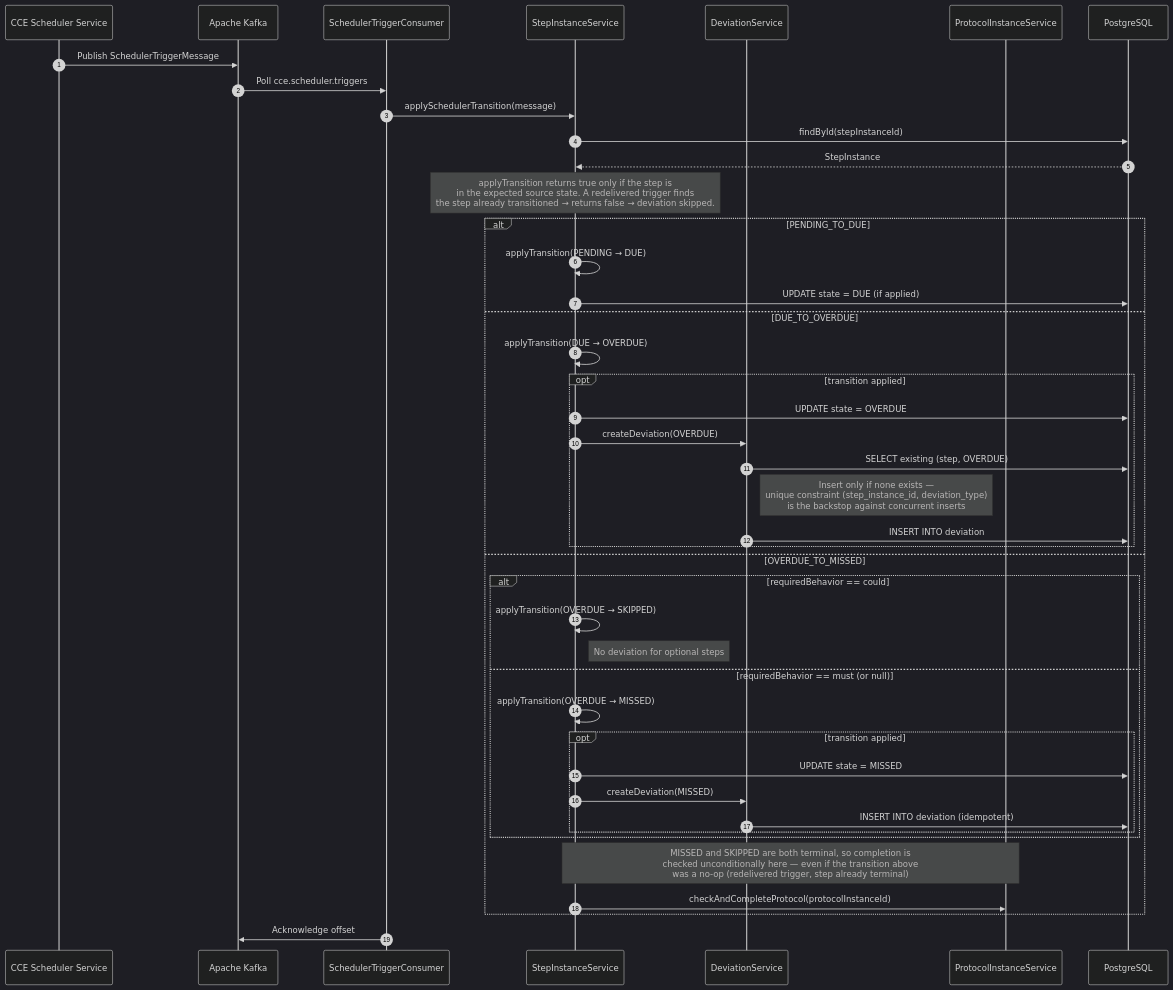
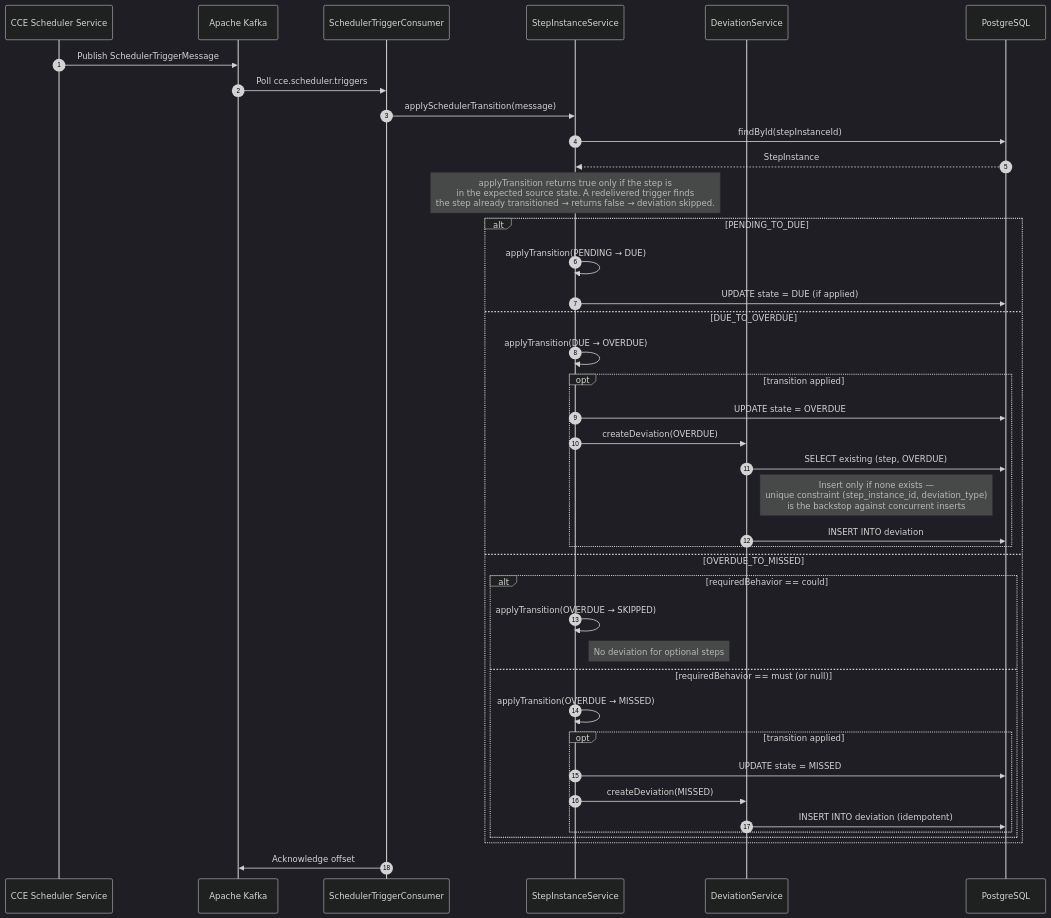
One commit to Jayaprakash8887/cce-compliance-service changed the third of 12 diagrams in docs/flow-diagrams.md. Above: the diagram before and after it, drawn with Mermaid (dark theme). The commit also changed other lines of this file and 3 other files, not shown here.

Commit message:
Protocol completion logic removal

````diff
--- a/docs/flow-diagrams.md
+++ b/docs/flow-diagrams.md
@@ -212,50 +212,47 @@
 ```mermaid
 sequenceDiagram
     autonumber
     participant Scheduler as CCE Scheduler Service
     participant Kafka as Apache Kafka
     participant Consumer as SchedulerTriggerConsumer
     participant StepSvc as StepInstanceService
     participant DevSvc as DeviationService
-    participant ProtoInst as ProtocolInstanceService
     participant DB as PostgreSQL
 
     Scheduler->>Kafka: Publish SchedulerTriggerMessage
     Kafka->>Consumer: Poll cce.scheduler.triggers
     Consumer->>StepSvc: applySchedulerTransition(message)
 
     StepSvc->>DB: findById(stepInstanceId)
     DB-->>StepSvc: StepInstance
 
     Note over StepSvc: applyTransition returns true only if the step is<br/>in the expected source state. A redelivered trigger finds<br/>the step already transitioned → returns false → deviation skipped.
 
     alt PENDING_TO_DUE
         StepSvc->>StepSvc: applyTransition(PENDING → DUE)
         StepSvc->>DB: UPDATE state = DUE (if applied)
     else DUE_TO_OVERDUE
         StepSvc->>StepSvc: applyTransition(DUE → OVERDUE)
         opt transition applied
             StepSvc->>DB: UPDATE state = OVERDUE
             StepSvc->>DevSvc: createDeviation(OVERDUE)
             DevSvc->>DB: SELECT existing (step, OVERDUE)
             Note right of DevSvc: Insert only if none exists —<br/>unique constraint (step_instance_id, deviation_type)<br/>is the backstop against concurrent inserts
             DevSvc->>DB: INSERT INTO deviation
         end
     else OVERDUE_TO_MISSED
         alt requiredBehavior == could
             StepSvc->>StepSvc: applyTransition(OVERDUE → SKIPPED)
             Note right of StepSvc: No deviation for optional steps
         else requiredBehavior == must (or null)
             StepSvc->>StepSvc: applyTransition(OVERDUE → MISSED)
             opt transition applied
                 StepSvc->>DB: UPDATE state = MISSED
                 StepSvc->>DevSvc: createDeviation(MISSED)
                 DevSvc->>DB: INSERT INTO deviation (idempotent)
             end
         end
-        Note over StepSvc,ProtoInst: MISSED and SKIPPED are both terminal, so completion is<br/>checked unconditionally here — even if the transition above<br/>was a no-op (redelivered trigger, step already terminal)
-        StepSvc->>ProtoInst: checkAndCompleteProtocol(protocolInstanceId)
     end
 
     Consumer->>Kafka: Acknowledge offset
 ```
````
